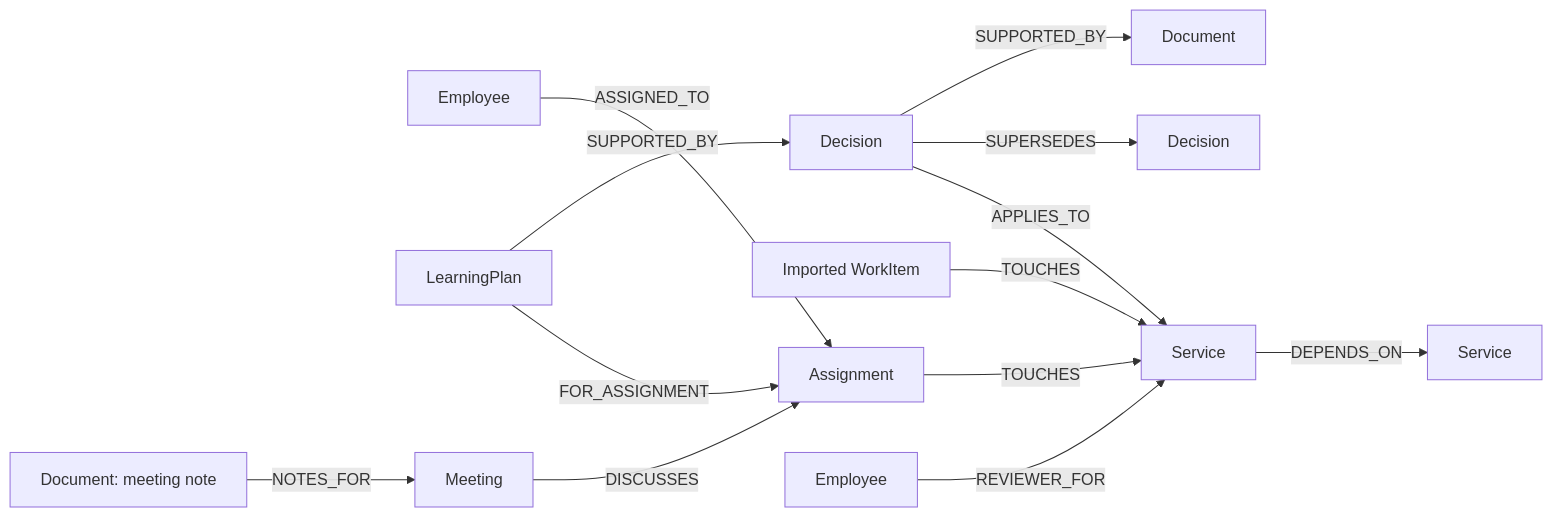
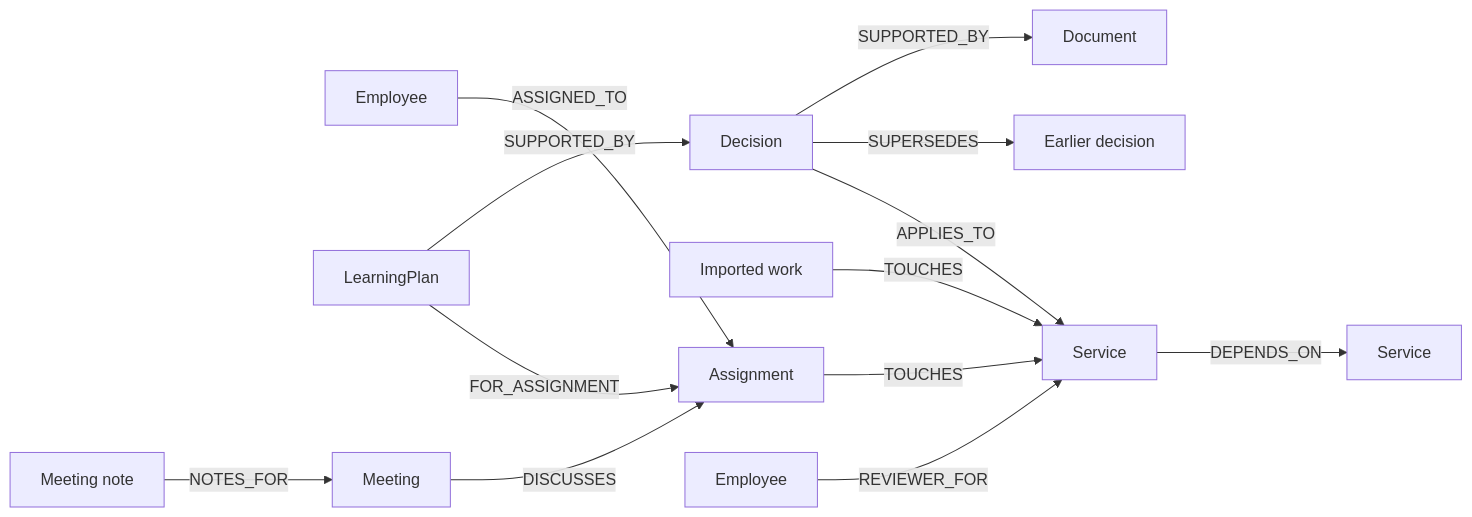
The second of 3 diagrams in README.md (sasivarnan/workweave-falkordb), drawn with Mermaid before and after one commit. The commit also changed other lines of this file and 1 other file, not shown here.

````diff
--- a/README.md
+++ b/README.md
@@ -162,15 +75,15 @@
 ```mermaid
 flowchart LR
     Employee -->|ASSIGNED_TO| Assignment
     Assignment -->|TOUCHES| Service
-    WorkItem[Imported WorkItem] -->|TOUCHES| Service
+    WorkItem[Imported work] -->|TOUCHES| Service
     Service -->|DEPENDS_ON| OtherService[Service]
     Decision -->|APPLIES_TO| Service
-    Decision -->|SUPERSEDES| EarlierDecision[Decision]
+    Decision -->|SUPERSEDES| EarlierDecision[Earlier decision]
     Decision -->|SUPPORTED_BY| Document
     Reviewer[Employee] -->|REVIEWER_FOR| Service
     LearningPlan -->|FOR_ASSIGNMENT| Assignment
     LearningPlan -->|SUPPORTED_BY| Decision
     Meeting -->|DISCUSSES| Assignment
-    Note[Document: meeting note] -->|NOTES_FOR| Meeting
+    Note[Meeting note] -->|NOTES_FOR| Meeting
 ```
````
